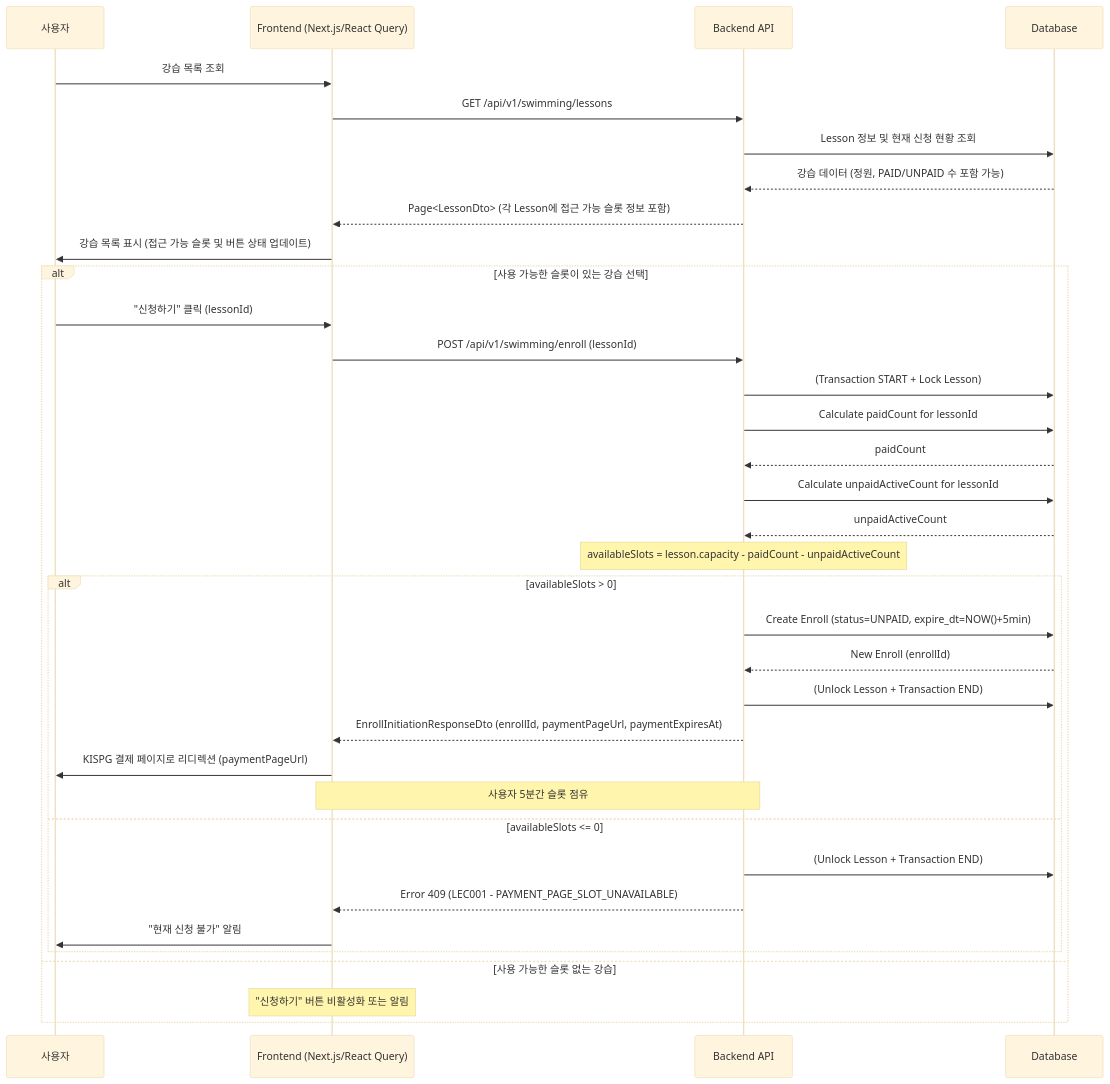
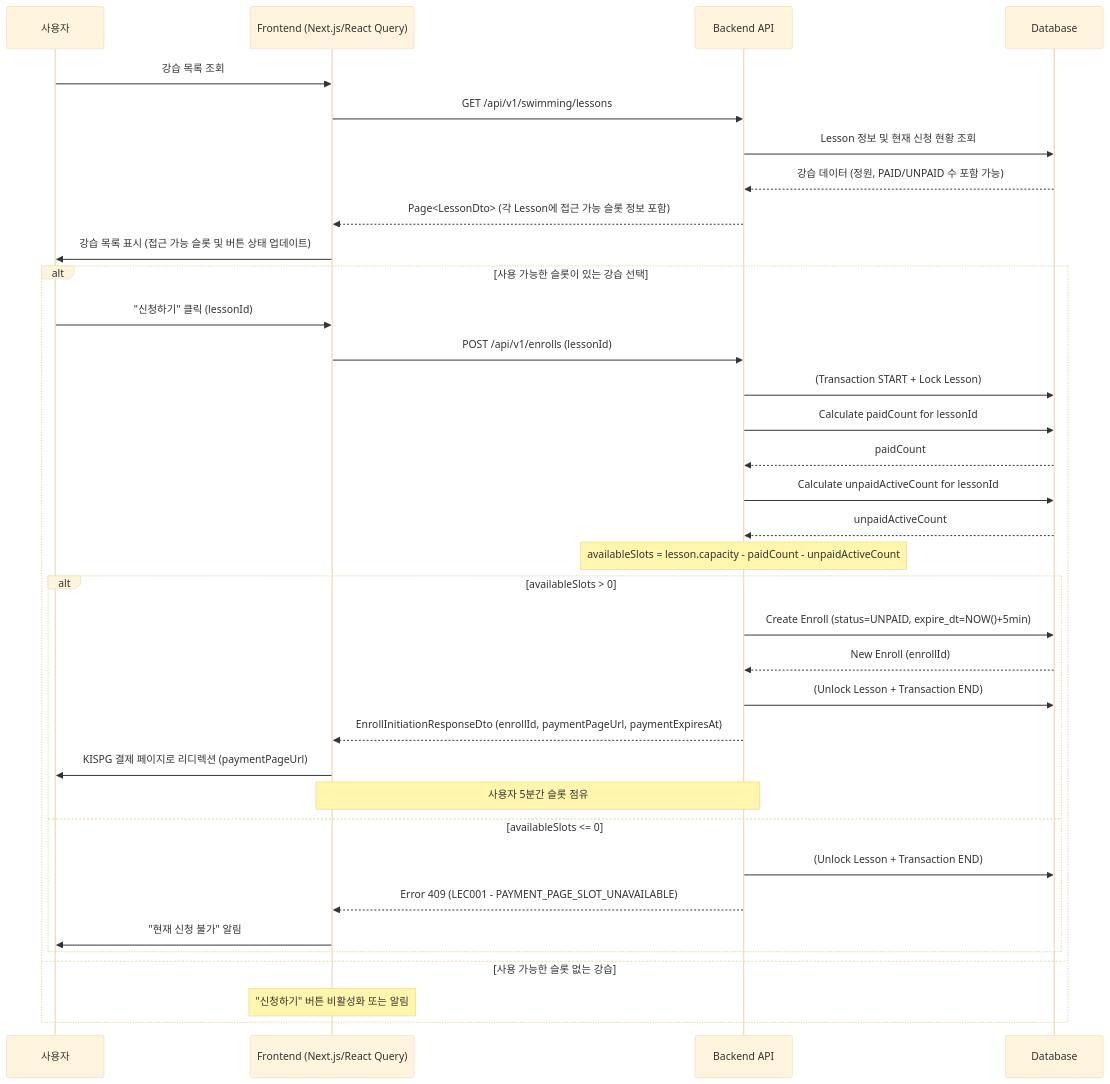
The diagram in Docs/cms/lesson-enrollment-capacity.md (Russ481-k/arpina-server), drawn with Mermaid (base theme) before and after one commit. The commit also changed other lines of this file and 27 other files, not shown here.

````diff
--- a/Docs/cms/lesson-enrollment-capacity.md
+++ b/Docs/cms/lesson-enrollment-capacity.md
@@ -163,39 +163,39 @@
 ```mermaid
 sequenceDiagram
     participant U as 사용자
     participant FE as Frontend (Next.js/React Query)
     participant API as Backend API
     participant DB as Database
 
     U->>FE: 강습 목록 조회
     FE->>API: GET /api/v1/swimming/lessons
     API->>DB: Lesson 정보 및 현재 신청 현황 조회
     DB-->>API: 강습 데이터 (정원, PAID/UNPAID 수 포함 가능)
     API-->>FE: Page<LessonDto> (각 Lesson에 접근 가능 슬롯 정보 포함)
     FE->>U: 강습 목록 표시 (접근 가능 슬롯 및 버튼 상태 업데이트)
 
     alt 사용 가능한 슬롯이 있는 강습 선택
         U->>FE: "신청하기" 클릭 (lessonId)
-        FE->>API: POST /api/v1/swimming/enroll (lessonId)
+        FE->>API: POST /api/v1/enrolls (lessonId)
         API->>DB: (Transaction START + Lock Lesson)
         API->>DB: Calculate paidCount for lessonId
         DB-->>API: paidCount
         API->>DB: Calculate unpaidActiveCount for lessonId
         DB-->>API: unpaidActiveCount
         Note over API: availableSlots = lesson.capacity - paidCount - unpaidActiveCount
         alt availableSlots > 0
             API->>DB: Create Enroll (status=UNPAID, expire_dt=NOW()+5min)
             DB-->>API: New Enroll (enrollId)
             API->>DB: (Unlock Lesson + Transaction END)
             API-->>FE: EnrollInitiationResponseDto (enrollId, paymentPageUrl, paymentExpiresAt)
             FE->>U: KISPG 결제 페이지로 리디렉션 (paymentPageUrl)
             Note over FE, API: 사용자 5분간 슬롯 점유
         else availableSlots <= 0
             API->>DB: (Unlock Lesson + Transaction END)
             API-->>FE: Error 409 (LEC001 - PAYMENT_PAGE_SLOT_UNAVAILABLE)
             FE->>U: "현재 신청 불가" 알림
         end
     else 사용 가능한 슬롯 없는 강습
         Note over FE: "신청하기" 버튼 비활성화 또는 알림
     end
 ```
````
